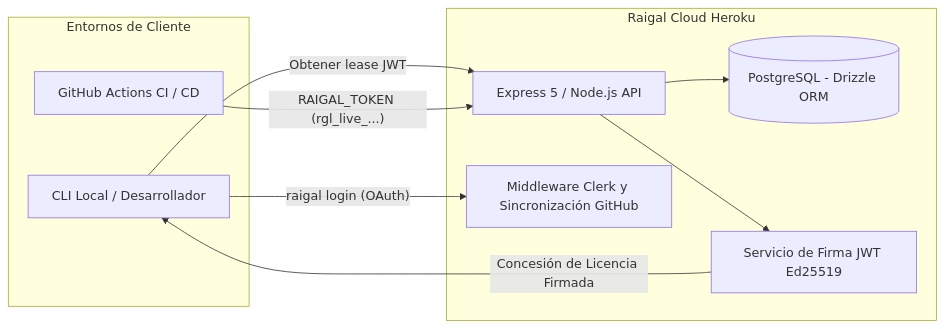
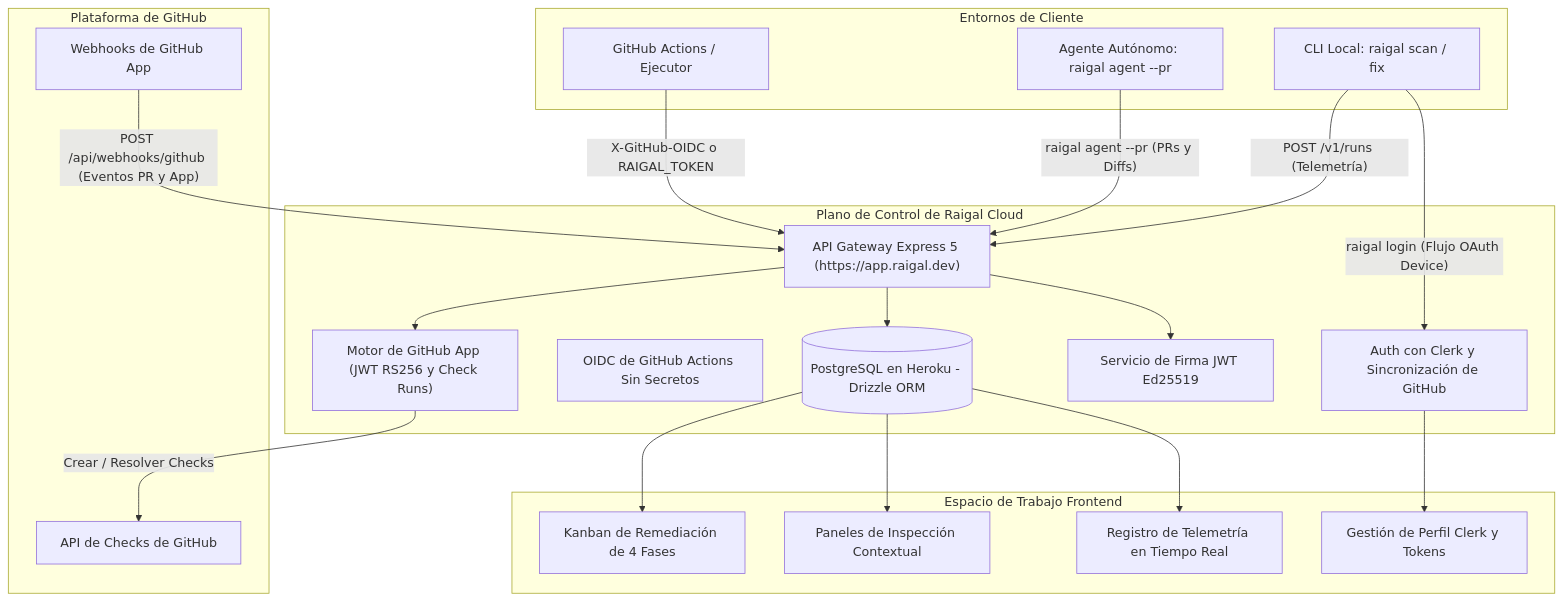
The diagram in docs/es/plataforma-cloud/arquitectura.md (meethiu/raigal), drawn with Mermaid before and after one commit. The commit also changed other lines of this file and 21 other files, not shown here.

Commit message:
docs: update documentation for GitHub App hybrid architecture and GitBook site sync

````diff
--- a/docs/es/plataforma-cloud/arquitectura.md
+++ b/docs/es/plataforma-cloud/arquitectura.md
@@ -12,21 +12,45 @@
 ```mermaid
-graph LR
+graph TD
     subgraph Entornos de Cliente
-        Dev[CLI Local / Desarrollador]
-        CI[GitHub Actions CI / CD]
+        Dev["CLI Local: raigal scan / fix"]
+        Agent["Agente Autónomo: raigal agent --pr"]
+        CI["GitHub Actions / Ejecutor"]
     end
 
-    subgraph Raigal Cloud Heroku
-        Server[Express 5 / Node.js API]
-        Auth[Middleware Clerk y Sincronización GitHub]
-        DB[(PostgreSQL - Drizzle ORM)]
-        Signer[Servicio de Firma JWT Ed25519]
+    subgraph Plataforma de GitHub
+        GHApp["Webhooks de GitHub App"]
+        GHChecks["API de Checks de GitHub"]
     end
 
-    Dev -- "raigal login (OAuth)" --> Auth
-    Dev -- "Obtener lease JWT" --> Server
-    CI -- "RAIGAL_TOKEN (rgl_live_...)" --> Server
-    Server --> DB
-    Server --> Signer
-    Signer -- "Concesión de Licencia Firmada" --> Dev
+    subgraph Plano de Control de Raigal Cloud
+        Ingress["API Gateway Express 5 (https://app.raigal.dev)"]
+        Auth["Auth con Clerk y Sincronización de GitHub"]
+        OIDC["OIDC de GitHub Actions Sin Secretos"]
+        AppEngine["Motor de GitHub App (JWT RS256 y Check Runs)"]
+        Signer["Servicio de Firma JWT Ed25519"]
+        DB[("PostgreSQL en Heroku - Drizzle ORM")]
+    end
+
+    subgraph Espacio de Trabajo Frontend
+        Board["Kanban de Remediación de 4 Fases"]
+        Drawers["Paneles de Inspección Contextual"]
+        Activity["Registro de Telemetría en Tiempo Real"]
+        Settings["Gestión de Perfil Clerk y Tokens"]
+    end
+
+    Dev -- "raigal login (Flujo OAuth Device)" --> Auth
+    Dev -- "POST /v1/runs (Telemetría)" --> Ingress
+    Agent -- "raigal agent --pr (PRs y Diffs)" --> Ingress
+    CI -- "X-GitHub-OIDC o RAIGAL_TOKEN" --> Ingress
+    GHApp -- "POST /api/webhooks/github (Eventos PR y App)" --> Ingress
+
+    Ingress --> DB
+    Ingress --> Signer
+    Ingress --> AppEngine
+    AppEngine -- "Crear / Resolver Checks" --> GHChecks
+
+    DB --> Board
+    DB --> Drawers
+    DB --> Activity
+    Auth --> Settings
 ```
````
